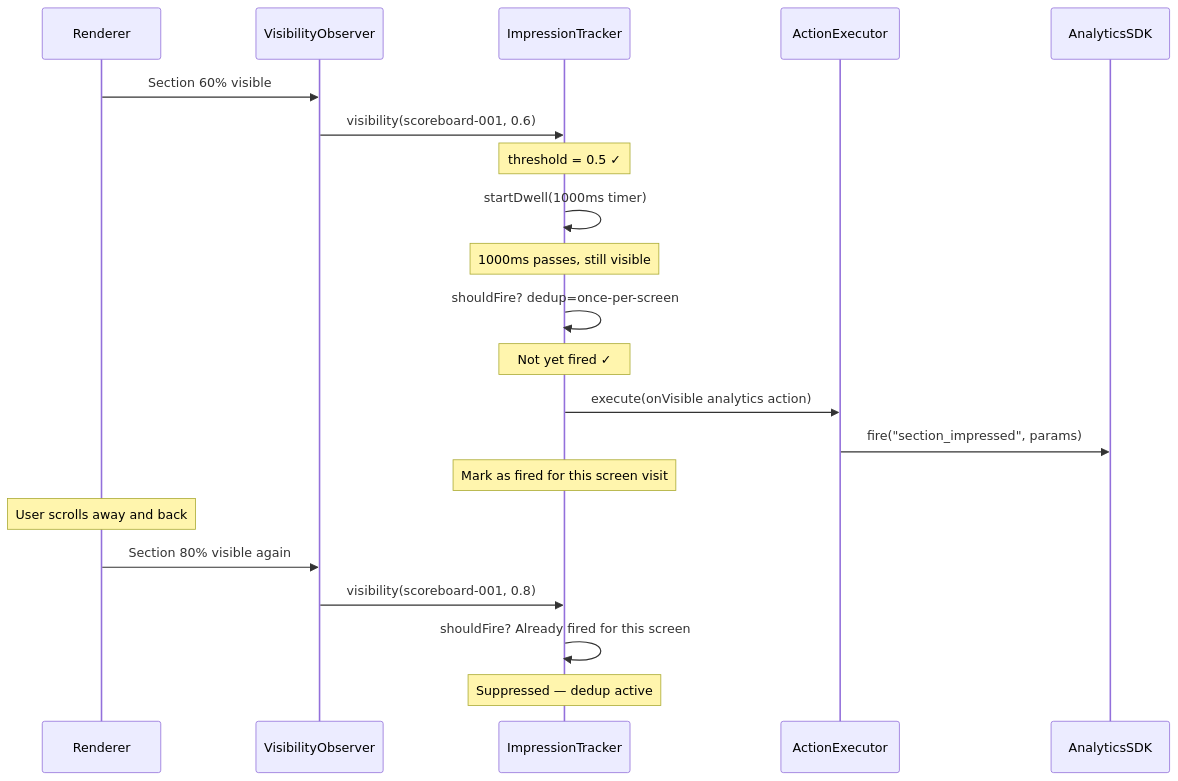
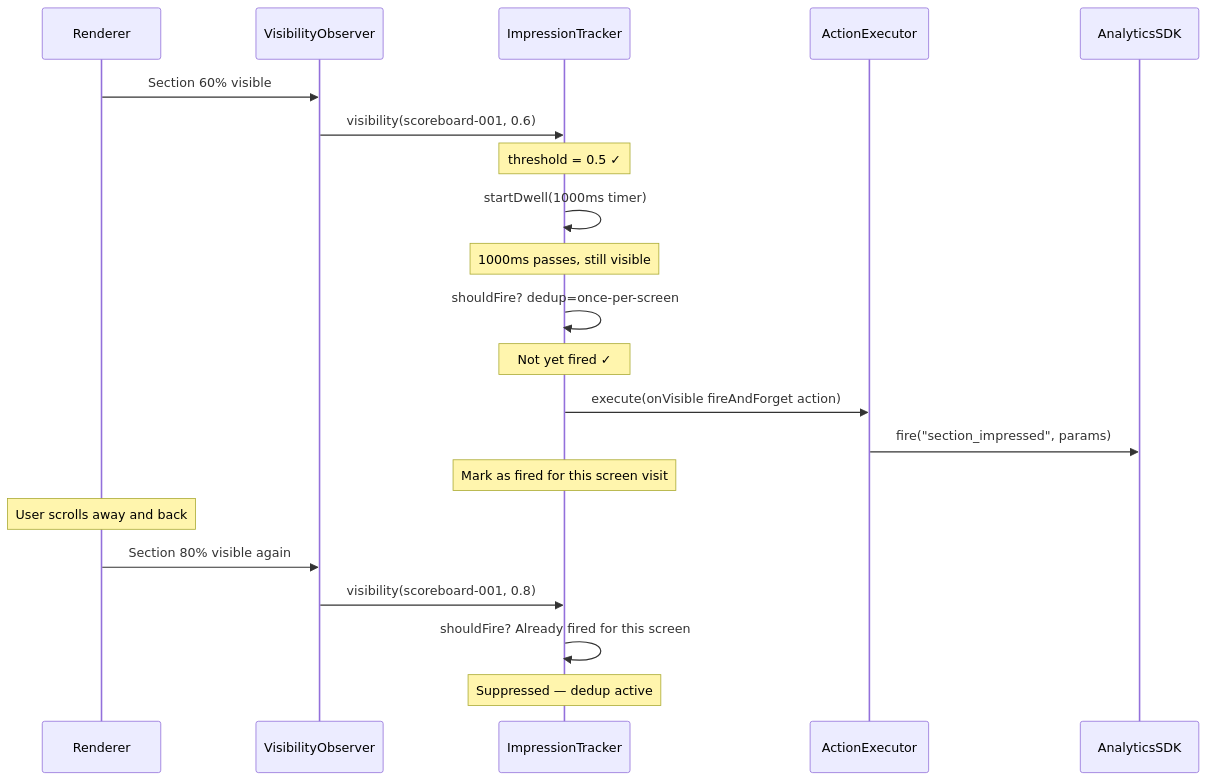
Before and after one commit to bakburner/sdui-learn: the eighth of 12 diagrams in docs/sdui-requirements-summary.md, drawn with Mermaid. The commit also changed other lines of this file and 26 other files, not shown here.

````diff
--- a/docs/sdui-requirements-summary.md
+++ b/docs/sdui-requirements-summary.md
@@ -487,25 +488,25 @@
 ```mermaid
 sequenceDiagram
     participant Renderer
     participant VisibilityObserver
     participant ImpressionTracker
     participant ActionExecutor
     participant AnalyticsSDK
 
     Renderer->>VisibilityObserver: Section 60% visible
     VisibilityObserver->>ImpressionTracker: visibility(scoreboard-001, 0.6)
     Note over ImpressionTracker: threshold = 0.5 ✓
     ImpressionTracker->>ImpressionTracker: startDwell(1000ms timer)
     Note over ImpressionTracker: 1000ms passes, still visible
     ImpressionTracker->>ImpressionTracker: shouldFire? dedup=once-per-screen
     Note over ImpressionTracker: Not yet fired ✓
-    ImpressionTracker->>ActionExecutor: execute(onVisible analytics action)
+    ImpressionTracker->>ActionExecutor: execute(onVisible fireAndForget action)
     ActionExecutor->>AnalyticsSDK: fire("section_impressed", params)
     Note over ImpressionTracker: Mark as fired for this screen visit
 
     Note over Renderer: User scrolls away and back
     Renderer->>VisibilityObserver: Section 80% visible again
     VisibilityObserver->>ImpressionTracker: visibility(scoreboard-001, 0.8)
     ImpressionTracker->>ImpressionTracker: shouldFire? Already fired for this screen
     Note over ImpressionTracker: Suppressed — dedup active
 ```
````
